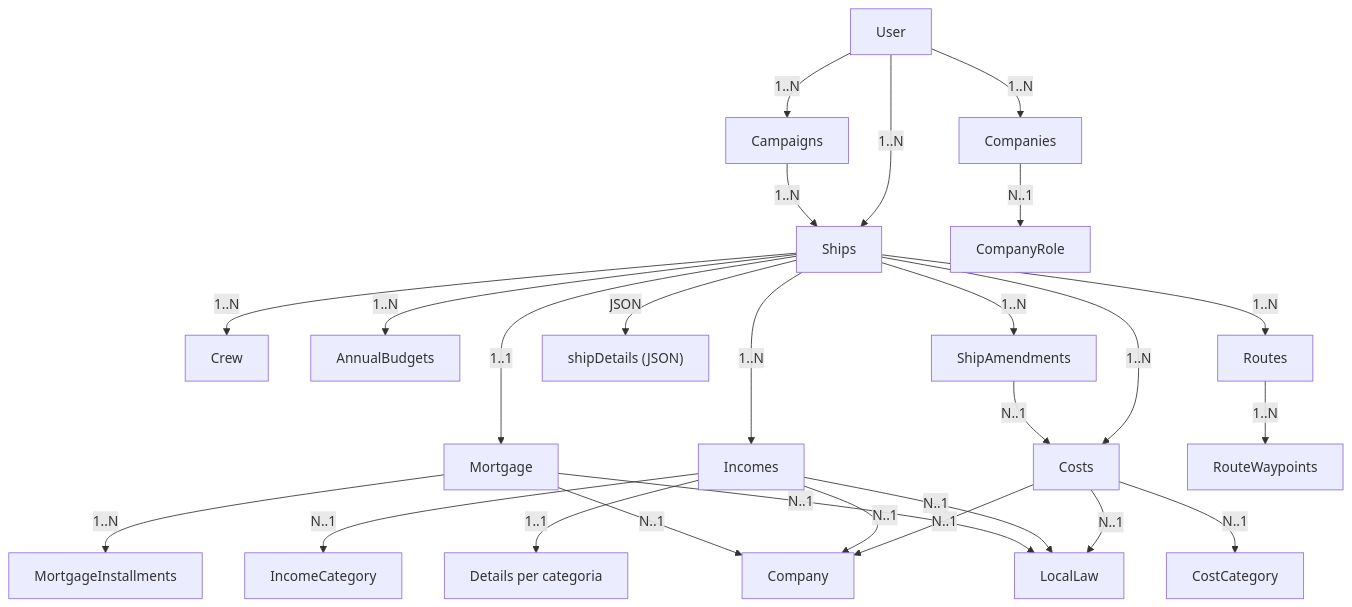
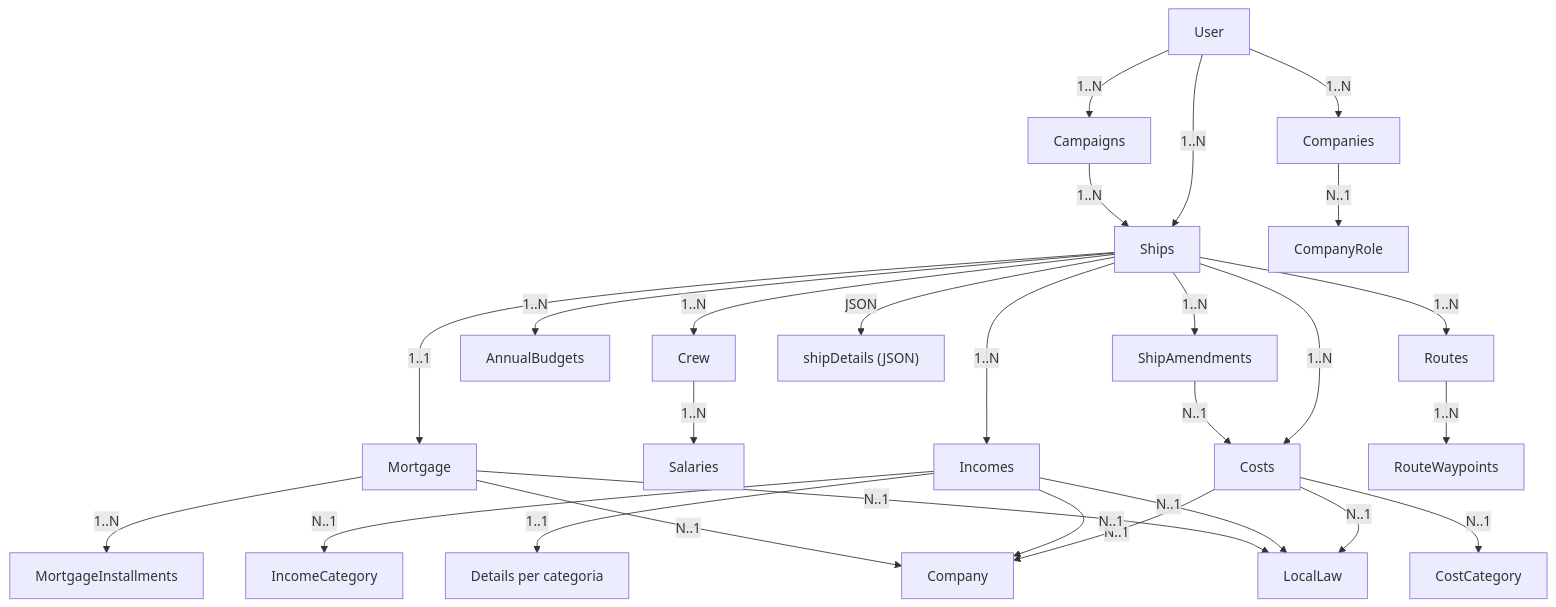
The diagram in docs/NAV-FI-analisi-operativa.md (wolfmanIII/nav-fi), drawn with Mermaid before and after one commit. The commit also changed other lines of this file and 10 other files, not shown here.

````diff
--- a/docs/NAV-FI-analisi-operativa.md
+++ b/docs/NAV-FI-analisi-operativa.md
@@ -5,34 +5,35 @@
 ```mermaid
 flowchart TB
     User -->|1..N| Ships
     User -->|1..N| Companies
     User -->|1..N| Campaigns
 
     Ships -->|1..1| Mortgage
     Mortgage -->|1..N| MortgageInstallments
 
     Ships -->|1..N| Crew
+    Crew -->|1..N| Salaries
     Ships -->|1..N| Costs
     Costs -->|N..1| CostCategory
     Costs -->|N..1| Company
     Costs -->|N..1| LocalLaw
 
     Ships -->|1..N| Incomes
     Incomes -->|N..1| IncomeCategory
     Incomes -->|1..1| IncomeDetails["Details per categoria"]
     Incomes -->|N..1| Company
     Incomes -->|N..1| LocalLaw
 
     Ships -->|1..N| AnnualBudgets
     Ships -->|1..N| Routes
     Ships -->|JSON| ShipDetails["shipDetails (JSON)"]
     Ships -->|1..N| ShipAmendments
     ShipAmendments -->|N..1| Costs
     Routes -->|1..N| RouteWaypoints
 
     Companies -->|N..1| CompanyRole
     Mortgage -->|N..1| Company
     Mortgage -->|N..1| LocalLaw
 
     Campaigns -->|1..N| Ships
 ```
````
